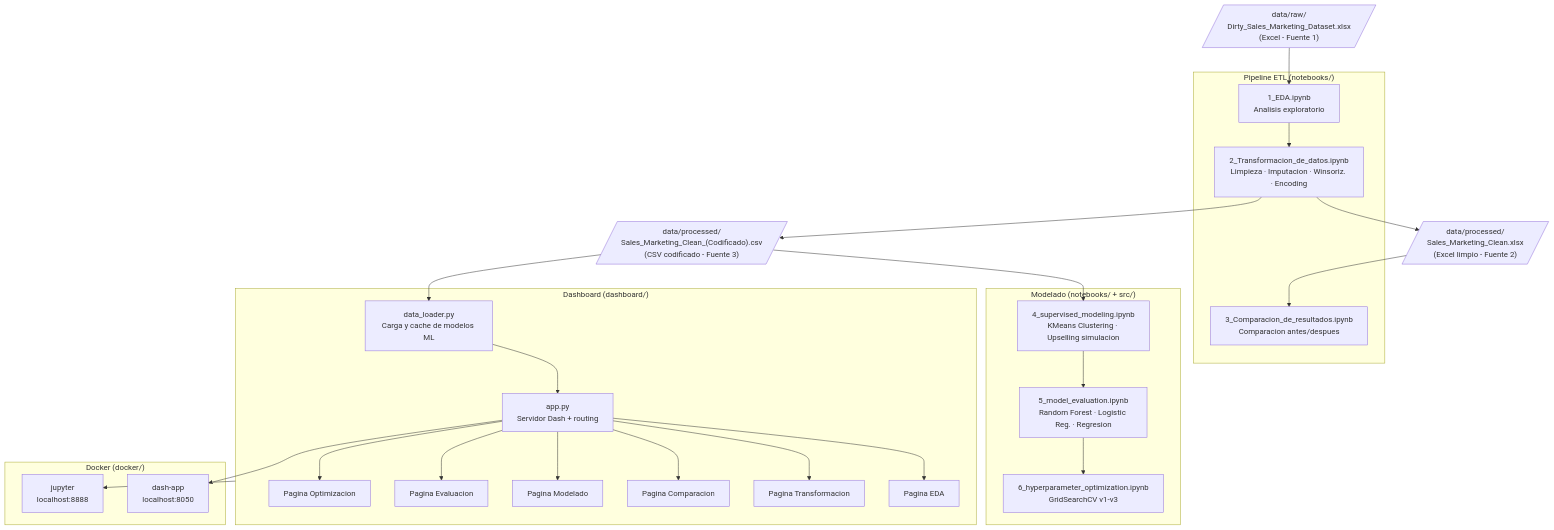
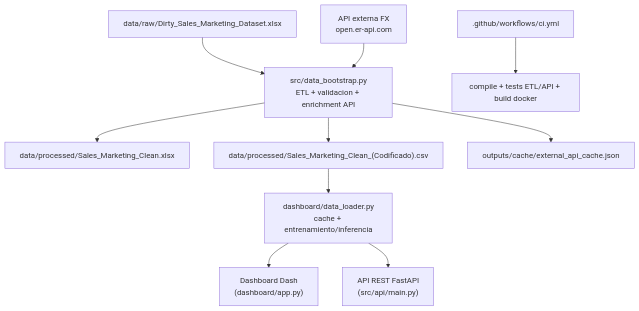
Before and after one commit to Enportillo/sales-marketing-dataset-transformation: the diagram in README.md, drawn with Mermaid. The commit also changed other lines of this file and 11 other files, not shown here.

Commit message:
Se implementa API REST al proyect para toma de decisiones comerciales.

````diff
--- a/README.md
+++ b/README.md
@@ -13,39 +22,15 @@
 ```mermaid
 flowchart TD
-    A[/"data/raw/\nDirty_Sales_Marketing_Dataset.xlsx\n(Excel - Fuente 1)"/]
-    B[/"data/processed/\nSales_Marketing_Clean.xlsx\n(Excel limpio - Fuente 2)"/]
-    C[/"data/processed/\nSales_Marketing_Clean_(Codificado).csv\n(CSV codificado - Fuente 3)"/]
+    A["data/raw/Dirty_Sales_Marketing_Dataset.xlsx"] --> B["src/data_bootstrap.py\nETL + validacion + enrichment API"]
+    B --> C["data/processed/Sales_Marketing_Clean.xlsx"]
+    B --> D["data/processed/Sales_Marketing_Clean_(Codificado).csv"]
 
-    subgraph ETL["Pipeline ETL (notebooks/)"]
-        N1["1_EDA.ipynb\nAnalisis exploratorio"]
-        N2["2_Transformacion_de_datos.ipynb\nLimpieza · Imputacion · Winsoriz. · Encoding"]
-        N3["3_Comparacion_de_resultados.ipynb\nComparacion antes/despues"]
-    end
+    D --> E["dashboard/data_loader.py\ncache + entrenamiento/inferencia"]
+    E --> F["Dashboard Dash\n(dashboard/app.py)"]
+    E --> G["API REST FastAPI\n(src/api/main.py)"]
 
-    subgraph ML["Modelado (notebooks/ + src/)"]
-        N4["4_supervised_modeling.ipynb\nKMeans Clustering · Upselling simulacion"]
-        N5["5_model_evaluation.ipynb\nRandom Forest · Logistic Reg. · Regresion"]
-        N6["6_hyperparameter_optimization.ipynb\nGridSearchCV v1-v3"]
-    end
+    H["API externa FX\nopen.er-api.com"] --> B
+    B --> I["outputs/cache/external_api_cache.json"]
 
-    subgraph DASH["Dashboard (dashboard/)"]
-        DL["data_loader.py\nCarga y cache de modelos ML"]
-        APP["app.py\nServidor Dash + routing"]
-        P1["Pagina EDA"] & P2["Pagina Transformacion"] & P3["Pagina Comparacion"]
-        P4["Pagina Modelado"] & P5["Pagina Evaluacion"] & P6["Pagina Optimizacion"]
-    end
-
-    subgraph DOCKER["Docker (docker/)"]
-        DC1["dash-app\nlocalhost:8050"]
-        DC2["jupyter\nlocalhost:8888"]
-    end
-
-    A --> N1 --> N2
-    N2 --> B & C
-    B --> N3
-    C --> N4 --> N5 --> N6
-    C --> DL --> APP
-    APP --> P1 & P2 & P3 & P4 & P5 & P6
-    APP --> DC1
-    DASH --> DC2
+    J[".github/workflows/ci.yml"] --> K["compile + tests ETL/API + build docker"]
 ```
````
